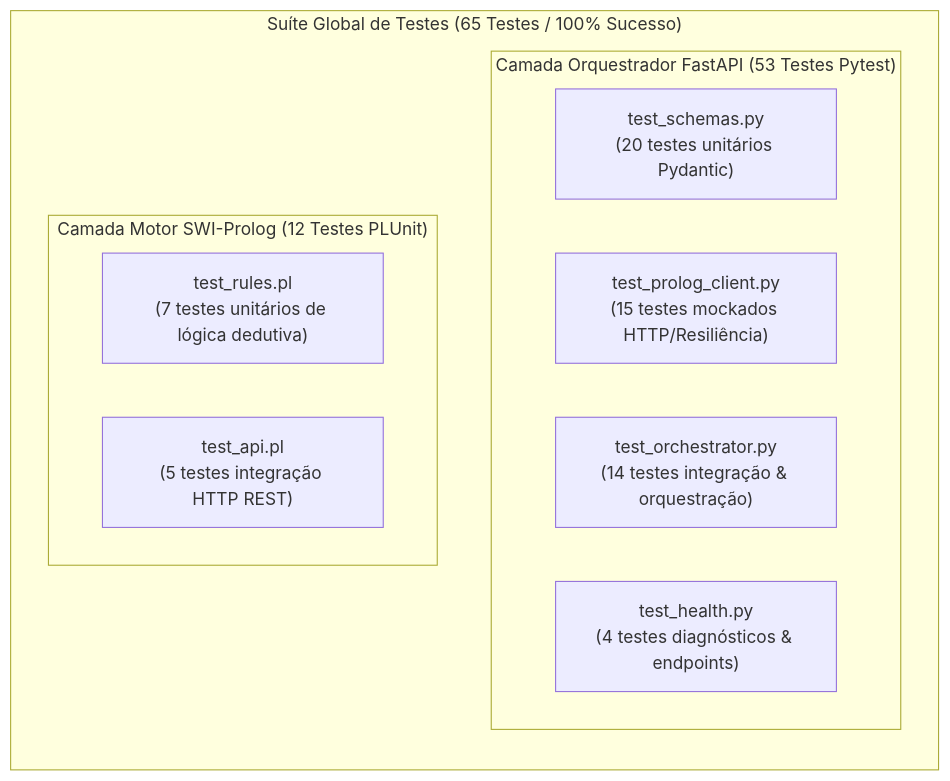
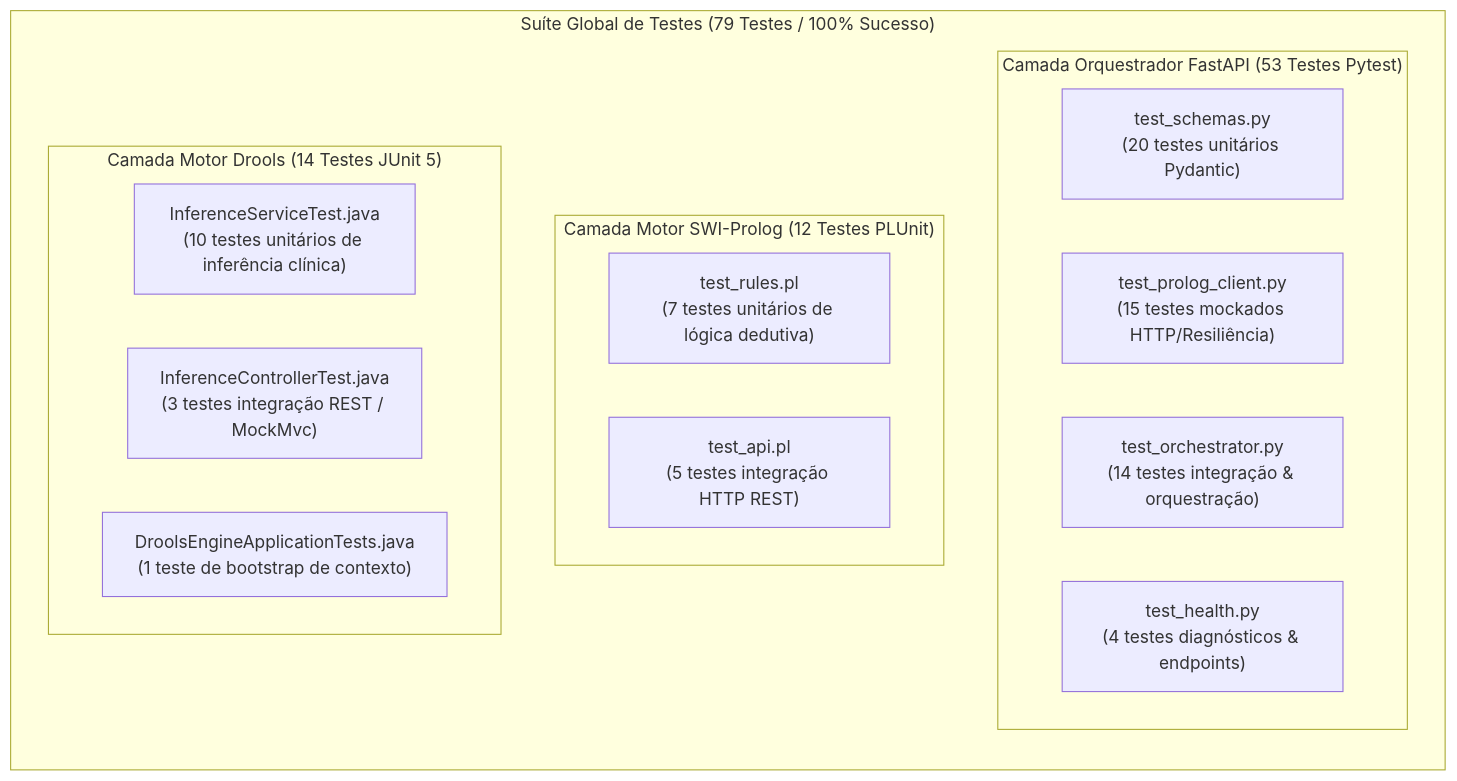
One commit to Santiago-1211173/meia-equipa3-challenge1-26_27 changed the diagram in docs/development/testing.md. Above: the diagram before and after it, drawn with Mermaid. The commit also changed other lines of this file and 23 other files, not shown here.

Commit message:
docs: add comprehensive documentation for architecture, API, deployment, and development guides

````diff
--- a/docs/development/testing.md
+++ b/docs/development/testing.md
@@ -15,17 +16,23 @@
 ```mermaid
 flowchart TD
-    subgraph "Suíte Global de Testes (65 Testes / 100% Sucesso)"
+    subgraph "Suíte Global de Testes (79 Testes / 100% Sucesso)"
         direction TB
         subgraph "Camada Orquestrador FastAPI (53 Testes Pytest)"
             T_SCHEMAS["test_schemas.py\n(20 testes unitários Pydantic)"]
             T_CLIENT["test_prolog_client.py\n(15 testes mockados HTTP/Resiliência)"]
             T_ORCH["test_orchestrator.py\n(14 testes integração & orquestração)"]
             T_HEALTH["test_health.py\n(4 testes diagnósticos & endpoints)"]
         end
 
         subgraph "Camada Motor SWI-Prolog (12 Testes PLUnit)"
             T_RULES["test_rules.pl\n(7 testes unitários de lógica dedutiva)"]
             T_API["test_api.pl\n(5 testes integração HTTP REST)"]
         end
+
+        subgraph "Camada Motor Drools (14 Testes JUnit 5)"
+            T_DRL_SVC["InferenceServiceTest.java\n(10 testes unitários de inferência clínica)"]
+            T_DRL_CTRL["InferenceControllerTest.java\n(3 testes integração REST / MockMvc)"]
+            T_DRL_CTX["DroolsEngineApplicationTests.java\n(1 teste de bootstrap de contexto)"]
+        end
     end
 ```
````
